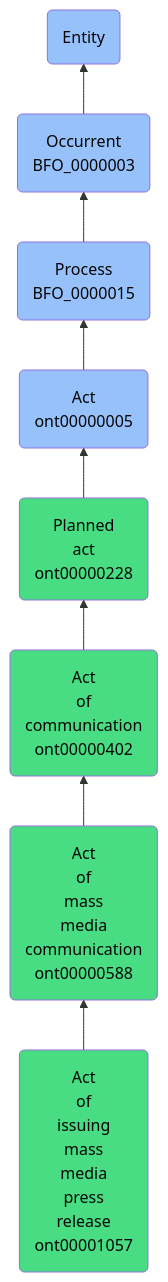
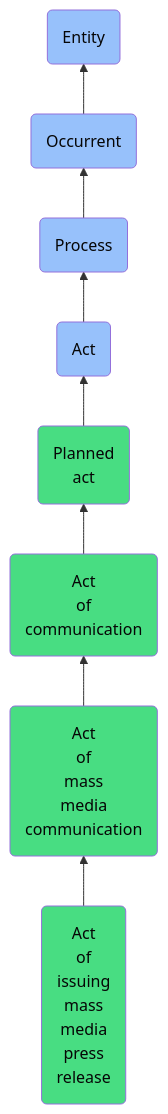
Before and after one commit to jupyter-naas/abi: the diagram in docs/ontology/reference/model/Entity/Occurrent/Process/Act/Planned act/Act of communication/Act of mass media communication/Act of issuing mass media press release/Act of issuing mass media press release.md, drawn with Mermaid. The commit also changed other lines of this file and 1430 other files, not shown here.

````diff
--- a/docs/ontology/reference/model/Entity/Occurrent/Process/Act/Planned act/Act of communication/Act of mass media communication/Act of issuing mass media press release/Act of issuing mass media press release.md
+++ b/docs/ontology/reference/model/Entity/Occurrent/Process/Act/Planned act/Act of communication/Act of mass media communication/Act of issuing mass media press release/Act of issuing mass media press release.md
@@ -24,15 +24,15 @@
 ```mermaid
 graph BT
-    ont00001057(Act<br>of<br>issuing<br>mass<br>media<br>press<br>release<br>ont00001057):::ABI-->ont00000588
-    ont00000588(Act<br>of<br>mass<br>media<br>communication<br>ont00000588):::ABI-->ont00000402
-    ont00000402(Act<br>of<br>communication<br>ont00000402):::ABI-->ont00000228
-    ont00000228(Planned<br>act<br>ont00000228):::ABI-->ont00000005
-    ont00000005(Act<br>ont00000005):::BFO-->BFO_0000015
-    BFO_0000015(Process<br>BFO_0000015):::BFO-->BFO_0000003
-    BFO_0000003(Occurrent<br>BFO_0000003):::BFO-->BFO_0000001
+    ont00001057(Act<br>of<br>issuing<br>mass<br>media<br>press<br>release):::ABI-->ont00000588
+    ont00000588(Act<br>of<br>mass<br>media<br>communication):::ABI-->ont00000402
+    ont00000402(Act<br>of<br>communication):::ABI-->ont00000228
+    ont00000228(Planned<br>act):::ABI-->ont00000005
+    ont00000005(Act):::BFO-->BFO_0000015
+    BFO_0000015(Process):::BFO-->BFO_0000003
+    BFO_0000003(Occurrent):::BFO-->BFO_0000001
     BFO_0000001(Entity):::BFO
     
     classDef BFO fill:#97c1fb,color:#060606
     classDef CCO fill:#e4c51e,color:#060606
     classDef ABI fill:#48DD82,color:#060606
 ```
````
